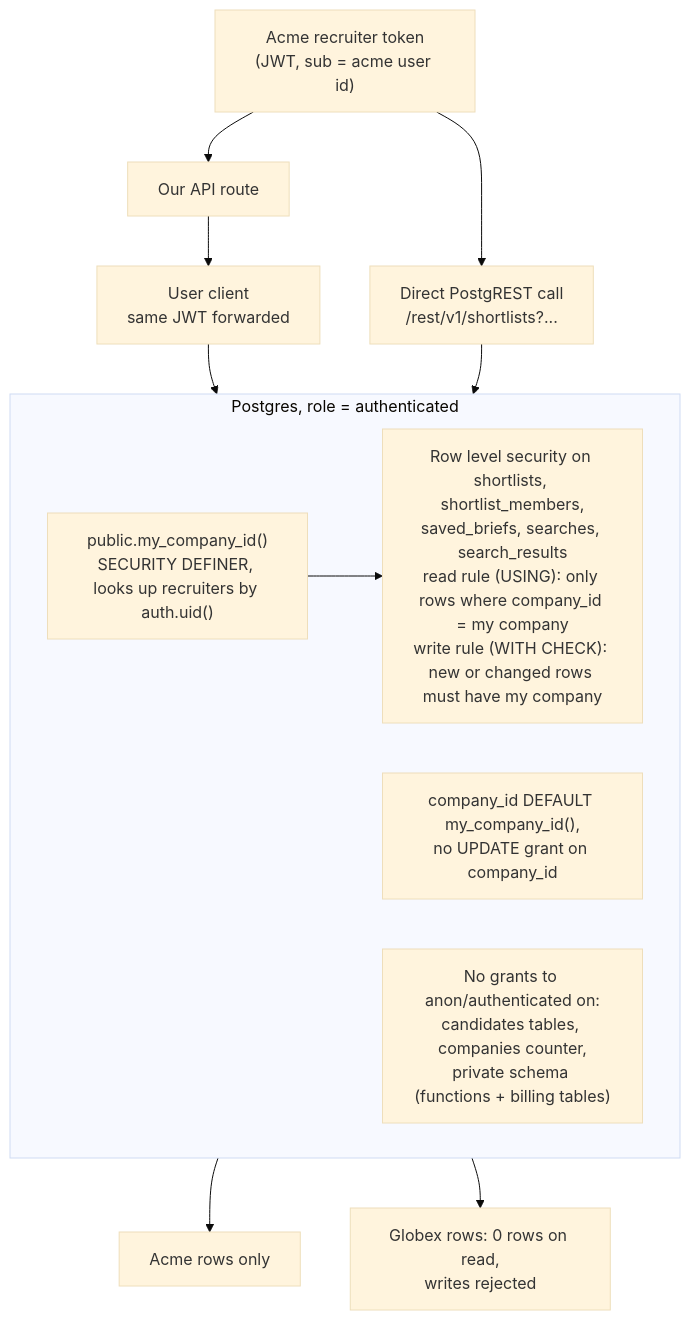
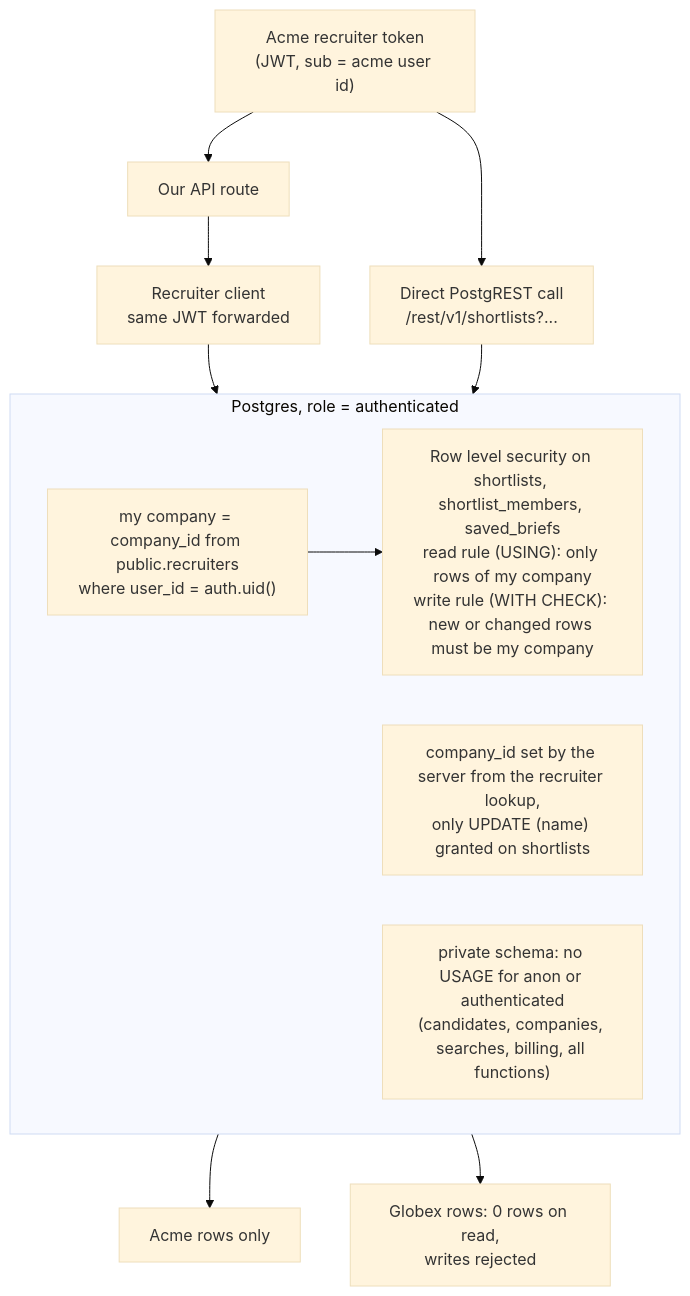
One commit to Shweta488/candidate-search changed the diagram in docs/diagrams/06-tenancy.mmd. Above: the diagram before and after it, drawn with Mermaid (base theme). The commit also changed 7 other files, not shown here.

First line of the commit message:
docs: align architecture, rules and diagrams with the LLD

```diff
--- a/docs/diagrams/06-tenancy.mmd
+++ b/docs/diagrams/06-tenancy.mmd
@@ -1,21 +1,21 @@
-%% LLD: how tenant isolation holds on both paths (our API and direct Supabase).
+%% LLD: how tenant isolation holds on both paths (our API and direct Supabase). See LLD 2.4.
 flowchart TB
     A["Acme recruiter token<br/>(JWT, sub = acme user id)"]
 
     A --> API["Our API route"]
     A --> PR["Direct PostgREST call<br/>/rest/v1/shortlists?..."]
 
-    API --> UC["User client<br/>same JWT forwarded"]
-    UC --> PG
+    API --> RC["Recruiter client<br/>same JWT forwarded"]
+    RC --> PG
     PR --> PG
 
     subgraph PG["Postgres, role = authenticated"]
-        F["public.my_company_id()<br/>SECURITY DEFINER, looks up recruiters by auth.uid()"]
-        POL["Row level security on shortlists, shortlist_members,<br/>saved_briefs, searches, search_results<br/>read rule (USING): only rows where company_id = my company<br/>write rule (WITH CHECK): new or changed rows must have my company"]
-        COL["company_id DEFAULT my_company_id(),<br/>no UPDATE grant on company_id"]
-        REV["No grants to anon/authenticated on:<br/>candidates tables, companies counter,<br/>private schema (functions + billing tables)"]
+        F["my company = company_id from public.recruiters<br/>where user_id = auth.uid()"]
+        POL["Row level security on shortlists, shortlist_members, saved_briefs<br/>read rule (USING): only rows of my company<br/>write rule (WITH CHECK): new or changed rows must be my company"]
+        COL["company_id set by the server from the recruiter lookup,<br/>only UPDATE (name) granted on shortlists"]
+        REV["private schema: no USAGE for anon or authenticated<br/>(candidates, companies, searches, billing, all functions)"]
         F --> POL
     end
 
     PG --> OK["Acme rows only"]
     PG --> NO["Globex rows: 0 rows on read,<br/>writes rejected"]
```
